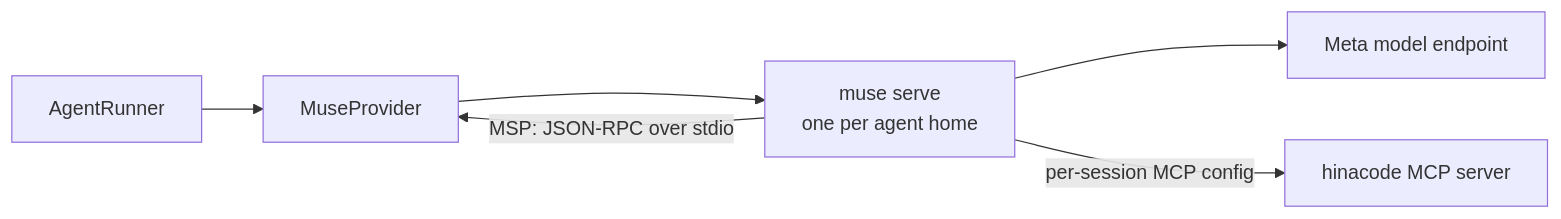
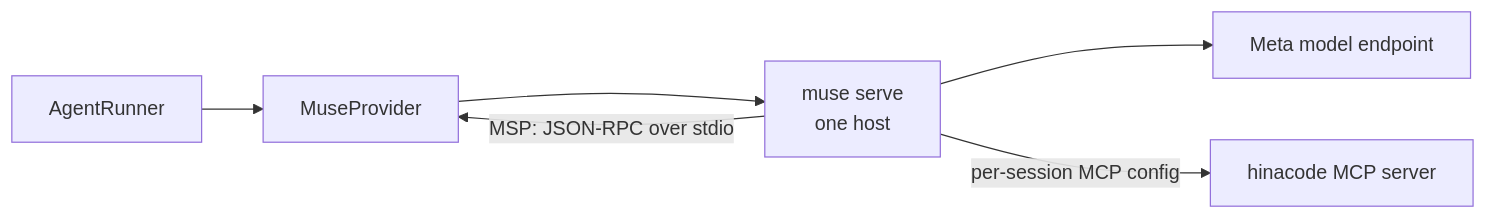
Before and after one commit to hinadev-ai/hinacode: the first of 2 diagrams in docs/muse-integration-guide.md, drawn with Mermaid. The commit also changed other lines of this file and 12 other files, not shown here.

````diff
--- a/docs/muse-integration-guide.md
+++ b/docs/muse-integration-guide.md
@@ -19,8 +19,8 @@
 ```mermaid
 flowchart LR
   runner[AgentRunner] --> provider[MuseProvider]
-  provider --> host["muse serve<br/>one per agent home"]
+  provider --> host["muse serve<br/>one host"]
   host -- "MSP: JSON-RPC over stdio" --> provider
   host --> meta[Meta model endpoint]
   host -- "per-session MCP config" --> mcp[hinacode MCP server]
 ```
````
